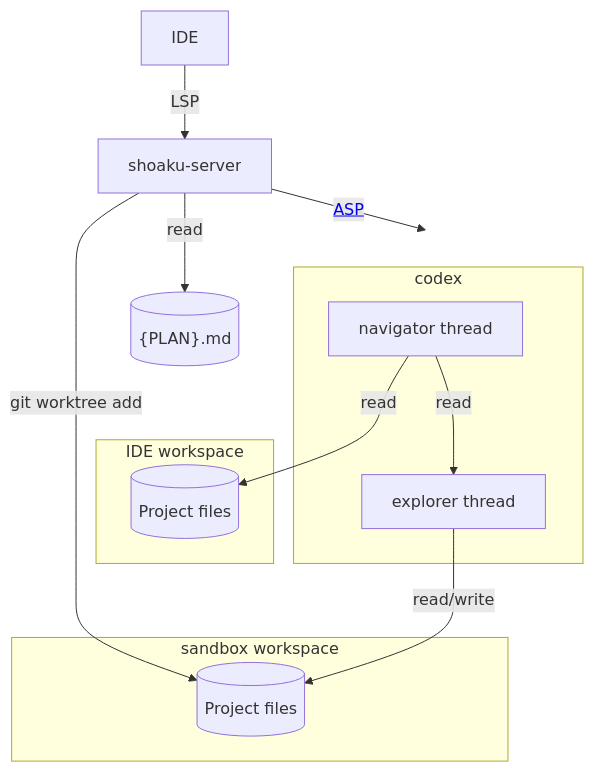
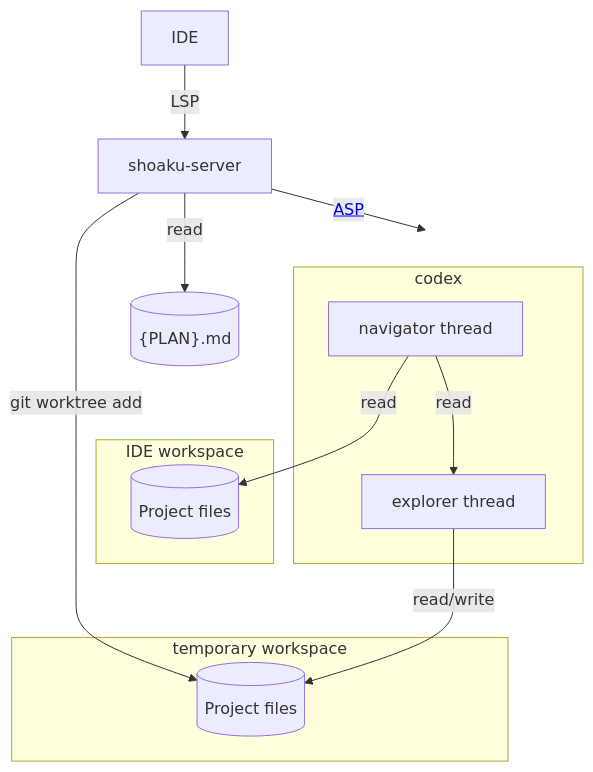
Before and after one commit to seachicken/intellij-shoaku: the diagram in docs/architecture.md, drawn with Mermaid.

Commit message:
Refactor

````diff
--- a/docs/architecture.md
+++ b/docs/architecture.md
@@ -3,20 +3,20 @@
 ```mermaid
 graph TD
   subgraph user_workspace["IDE workspace"]
     project-files[(Project files)]
   end
-  subgraph sandbox_workspace["sandbox workspace"]
+  subgraph sandbox_workspace["temporary workspace"]
     worktree-files[(Project files)]
   end
   subgraph codex
     navigator[navigator thread]
     explorer[explorer thread]
   end
 
   shoaku-server -- read --> todo[("{PLAN}.md")]
   IDE -- LSP --> shoaku-server -- <a href='https://github.com/openai/codex/blob/main/codex-rs/app-server/README.md'>ASP</a> --> codex
   shoaku-server -- "git worktree add" --> worktree-files
   navigator -- read --> explorer
   navigator -- read --> project-files
   explorer -- read/write --> worktree-files
 ```
````
